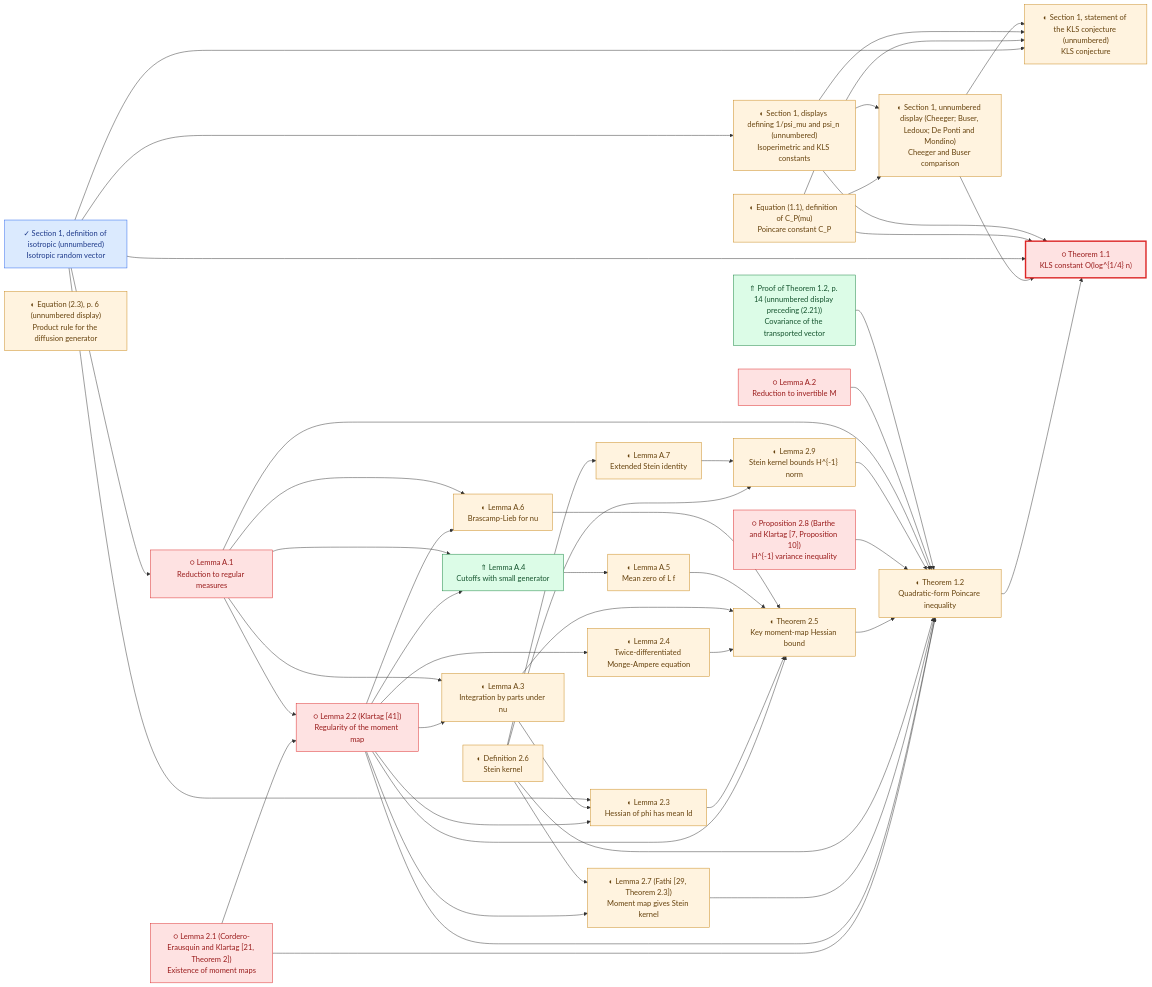
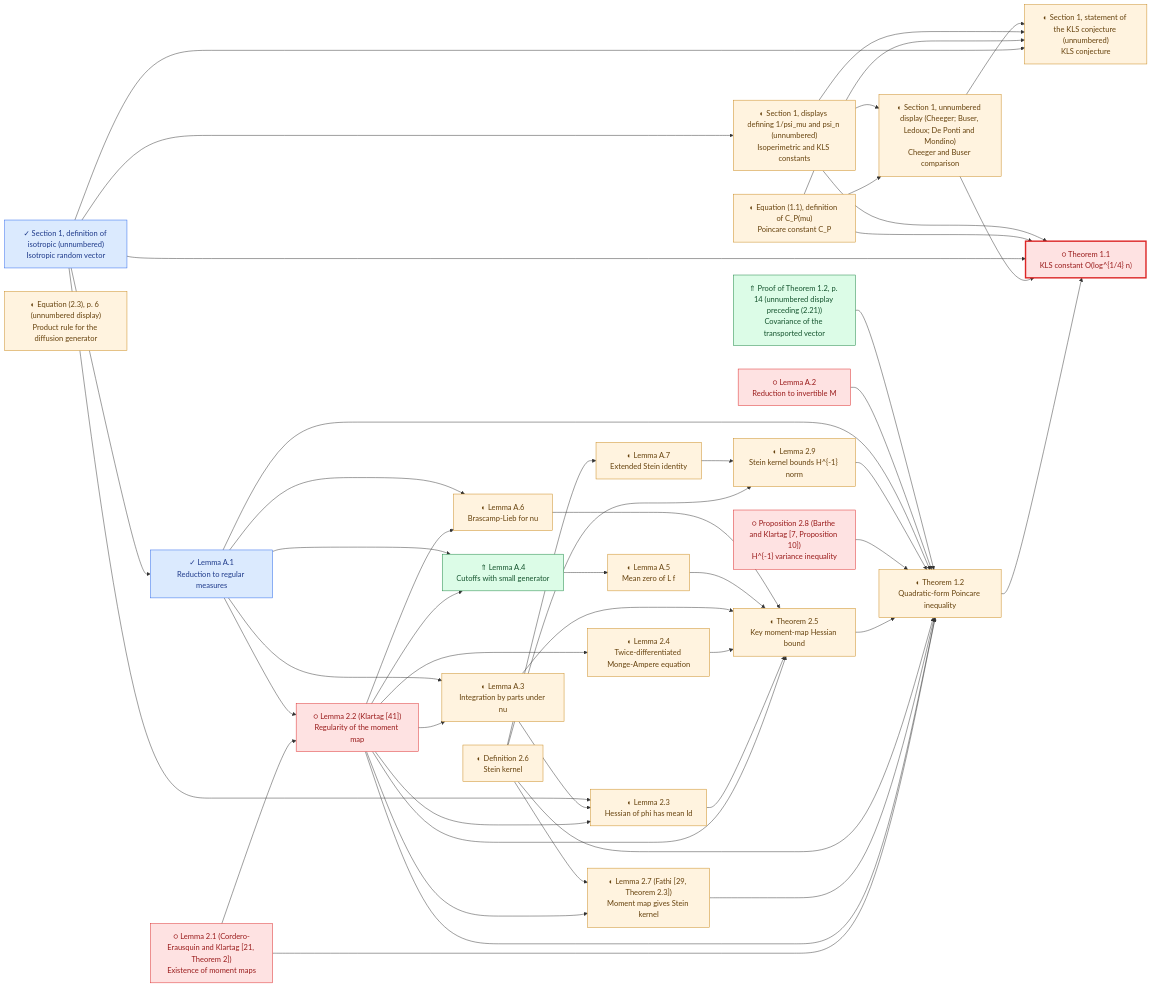
Before and after one commit to human-ai-mathematics/kls-lean: diagram 23 of 26 in research/progress/README.md, drawn with Mermaid. The commit also changed other lines of this file and 14 other files, not shown here.

```diff
--- a/research/progress/README.md
+++ b/research/progress/README.md
@@ -1164,7 +1164,7 @@
     Letwin2026_L27["◐ Lemma 2.7 (Fathi [29, Theorem 2.3])<br/>Moment map gives Stein kernel"]
     Letwin2026_P28["○ Proposition 2.8 (Barthe and Klartag [7, Proposition 10])<br/>H^{-1} variance inequality"]
     Letwin2026_L29["◐ Lemma 2.9<br/>Stein kernel bounds H^{-1} norm"]
-    Letwin2026_LA1["○ Lemma A.1<br/>Reduction to regular measures"]
+    Letwin2026_LA1["✓ Lemma A.1<br/>Reduction to regular measures"]
     Letwin2026_LA2["○ Lemma A.2<br/>Reduction to invertible M"]
     Letwin2026_LA3["◐ Lemma A.3<br/>Integration by parts under nu"]
     Letwin2026_LA4["⇑ Lemma A.4<br/>Cutoffs with small generator"]
@@ -1219,11 +1219,11 @@
     Letwin2026_LA1 --> Letwin2026_LA6
     Letwin2026_D26 --> Letwin2026_LA7
     classDef lemma_formalized fill:#dbeafe,stroke:#2563eb,color:#1e3a8a;
-    class Letwin2026_DISO lemma_formalized;
+    class Letwin2026_DISO,Letwin2026_LA1 lemma_formalized;
     classDef lemma_partial fill:#fff3df,stroke:#c88719,color:#66420d;
     class Letwin2026_DCP,Letwin2026_DPSI,Letwin2026_ECMP,Letwin2026_CONJ,Letwin2026_T12,Letwin2026_L23,Letwin2026_E23,Letwin2026_L24,Letwin2026_T25,Letwin2026_D26,Letwin2026_L27,Letwin2026_L29,Letwin2026_LA3,Letwin2026_LA5,Letwin2026_LA6,Letwin2026_LA7 lemma_partial;
     classDef lemma_pending fill:#fee2e2,stroke:#dc2626,color:#991b1b;
-    class Letwin2026_T11,Letwin2026_L21,Letwin2026_L22,Letwin2026_P28,Letwin2026_LA1,Letwin2026_LA2 lemma_pending;
+    class Letwin2026_T11,Letwin2026_L21,Letwin2026_L22,Letwin2026_P28,Letwin2026_LA2 lemma_pending;
     classDef lemma_improved fill:#dcfce7,stroke:#15803d,color:#14532d;
     class Letwin2026_CZ14,Letwin2026_LA4 lemma_improved;
     style Letwin2026_T11 stroke-width:3px
```
